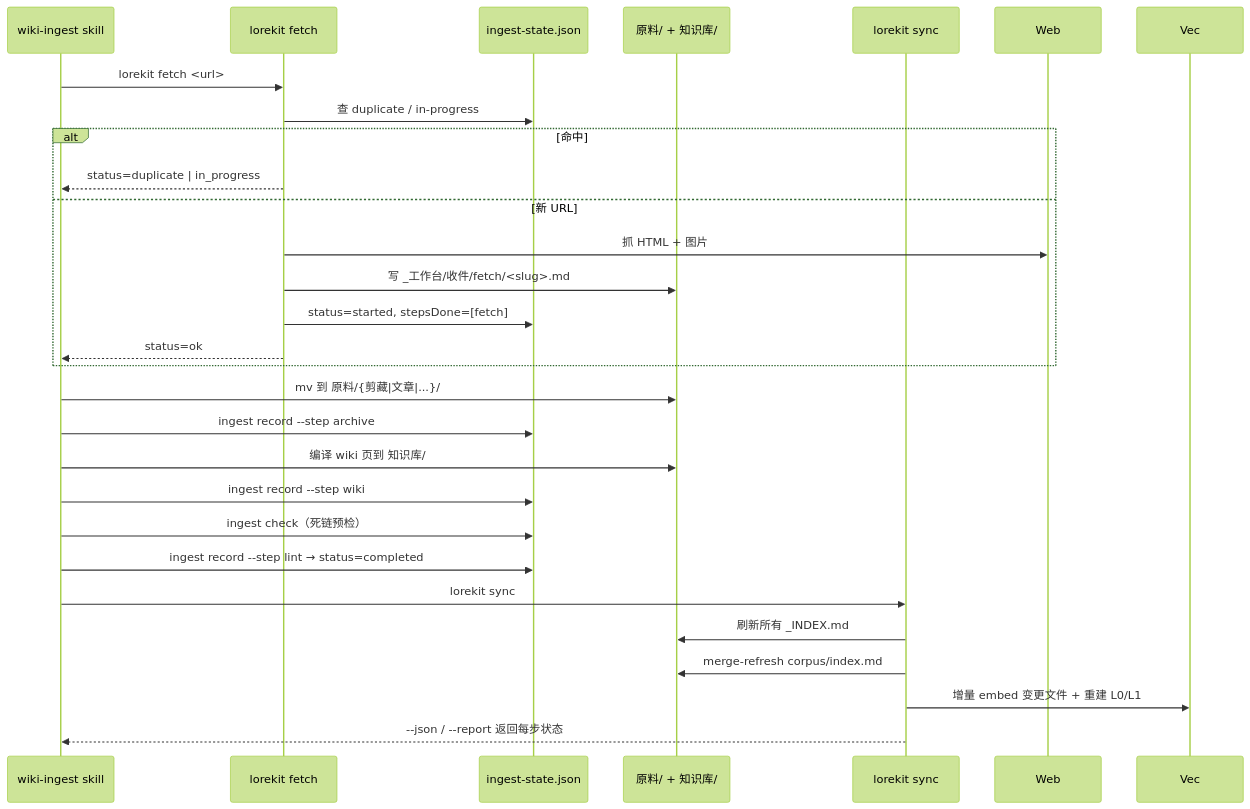
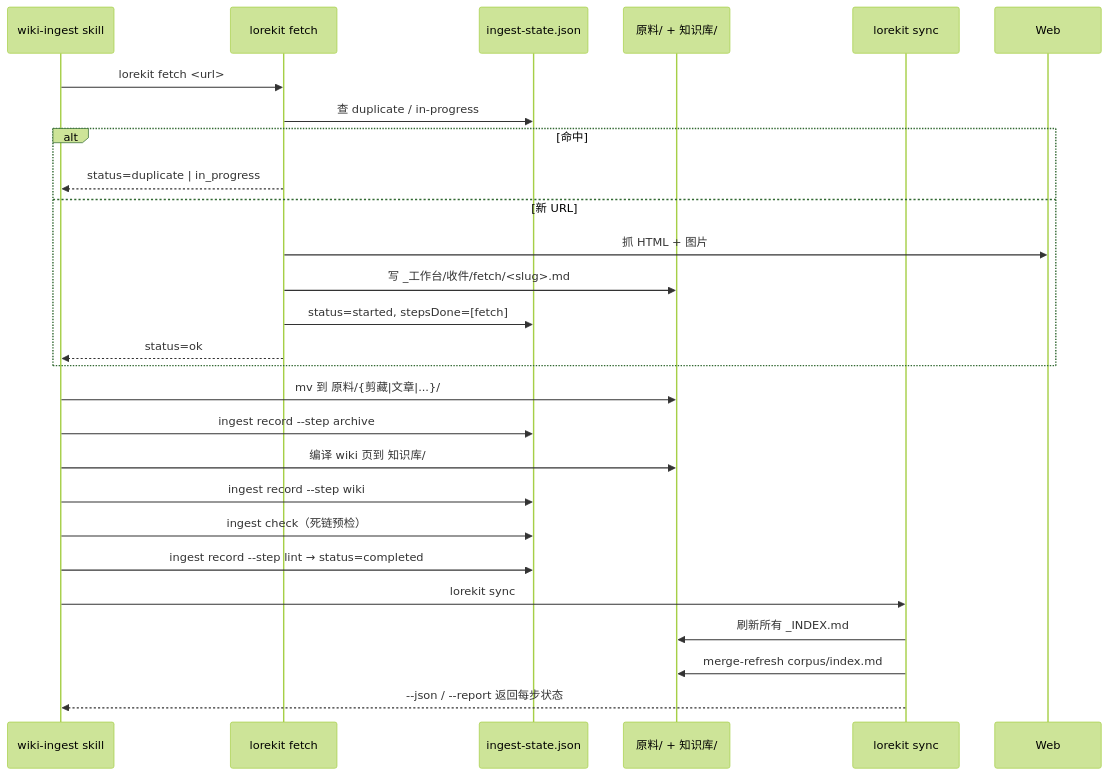
One commit to GYF0311/lorekit changed the second of 5 diagrams in docs/ARCHITECTURE.md. Above: the diagram before and after it, drawn with Mermaid (forest theme). The commit also changed other lines of this file and 90 other files, not shown here.

````diff
--- a/docs/ARCHITECTURE.md
+++ b/docs/ARCHITECTURE.md
@@ -92,30 +88,29 @@
 ```mermaid
 sequenceDiagram
   participant Agent as wiki-ingest skill
   participant Fetch as lorekit fetch
   participant State as ingest-state.json
   participant Disk as 原料/ + 知识库/
   participant Sync as lorekit sync
 
   Agent->>Fetch: lorekit fetch <url>
   Fetch->>State: 查 duplicate / in-progress
   alt 命中
     Fetch-->>Agent: status=duplicate | in_progress
   else 新 URL
     Fetch->>Web: 抓 HTML + 图片
     Fetch->>Disk: 写 _工作台/收件/fetch/<slug>.md
     Fetch->>State: status=started, stepsDone=[fetch]
     Fetch-->>Agent: status=ok
   end
   Agent->>Disk: mv 到 原料/{剪藏|文章|...}/
   Agent->>State: ingest record --step archive
   Agent->>Disk: 编译 wiki 页到 知识库/
   Agent->>State: ingest record --step wiki
   Agent->>State: ingest check（死链预检）
   Agent->>State: ingest record --step lint → status=completed
   Agent->>Sync: lorekit sync
   Sync->>Disk: 刷新所有 _INDEX.md
   Sync->>Disk: merge-refresh corpus/index.md
-  Sync->>Vec: 增量 embed 变更文件 + 重建 L0/L1
   Sync-->>Agent: --json / --report 返回每步状态
 ```
````
